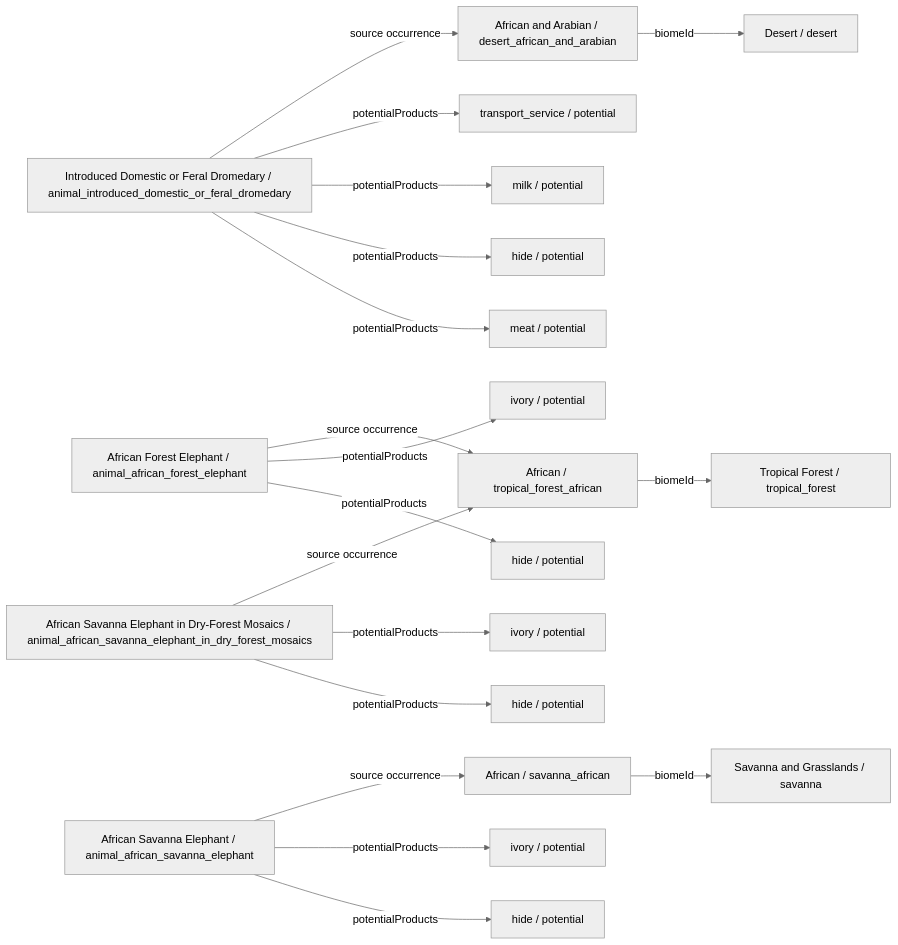
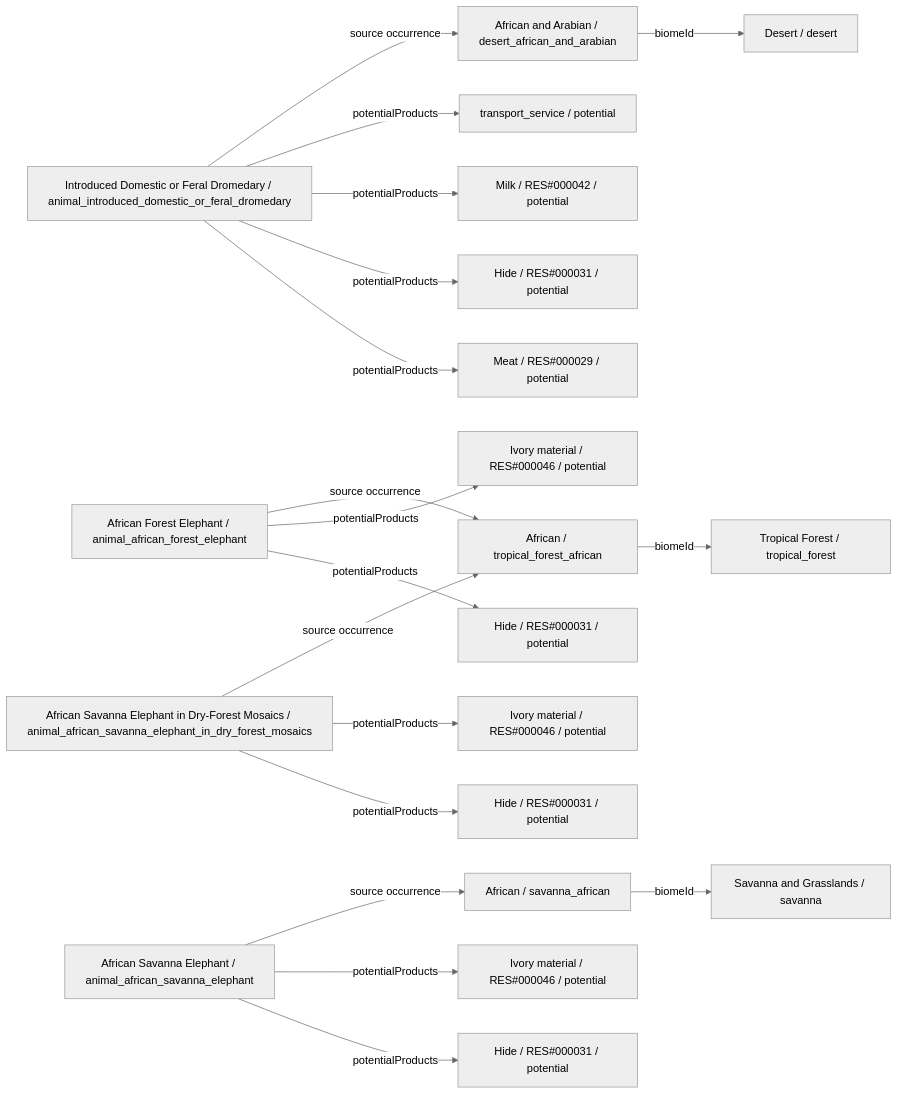
One commit to fgabo404/EvolveDoc changed diagram 11 of 34 in data/animals/DIAGRAMS.md. Above: the diagram before and after it, drawn with Mermaid (neutral theme). The commit also changed other lines of this file and 50 other files, not shown here.

````diff
--- a/data/animals/DIAGRAMS.md
+++ b/data/animals/DIAGRAMS.md
@@ -574,40 +574,40 @@
 ```mermaid
 flowchart LR
     c0["Introduced Domestic or Feral Dromedary / animal_introduced_domestic_or_feral_dromedary"]
     v16["African and Arabian / desert_african_and_arabian"]
     b4["Desert / desert"]
-    o0_0["meat / potential"]
-    o0_1["hide / potential"]
-    o0_2["milk / potential"]
+    o0_0["Meat / RES#000029 / potential"]
+    o0_1["Hide / RES#000031 / potential"]
+    o0_2["Milk / RES#000042 / potential"]
     o0_3["transport_service / potential"]
     c1["African Forest Elephant / animal_african_forest_elephant"]
     v1["African / tropical_forest_african"]
     b0["Tropical Forest / tropical_forest"]
-    o1_0["hide / potential"]
-    o1_1["ivory / potential"]
+    o1_0["Hide / RES#000031 / potential"]
+    o1_1["Ivory material / RES#000046 / potential"]
     c2["African Savanna Elephant / animal_african_savanna_elephant"]
     v11["African / savanna_african"]
     b3["Savanna and Grasslands / savanna"]
-    o2_0["hide / potential"]
-    o2_1["ivory / potential"]
+    o2_0["Hide / RES#000031 / potential"]
+    o2_1["Ivory material / RES#000046 / potential"]
     c3["African Savanna Elephant in Dry-Forest Mosaics / animal_african_savanna_elephant_in_dry_forest_mosaics"]
-    o3_0["hide / potential"]
-    o3_1["ivory / potential"]
+    o3_0["Hide / RES#000031 / potential"]
+    o3_1["Ivory material / RES#000046 / potential"]
     c0 -->|potentialProducts| o0_0
     c0 -->|potentialProducts| o0_1
     c0 -->|potentialProducts| o0_2
     c0 -->|potentialProducts| o0_3
     c0 -->|source occurrence| v16
     c1 -->|potentialProducts| o1_0
     c1 -->|potentialProducts| o1_1
     c1 -->|source occurrence| v1
     c2 -->|potentialProducts| o2_0
     c2 -->|potentialProducts| o2_1
     c2 -->|source occurrence| v11
     c3 -->|potentialProducts| o3_0
     c3 -->|potentialProducts| o3_1
     c3 -->|source occurrence| v1
     v1 -->|biomeId| b0
     v11 -->|biomeId| b3
     v16 -->|biomeId| b4
 ```
````
